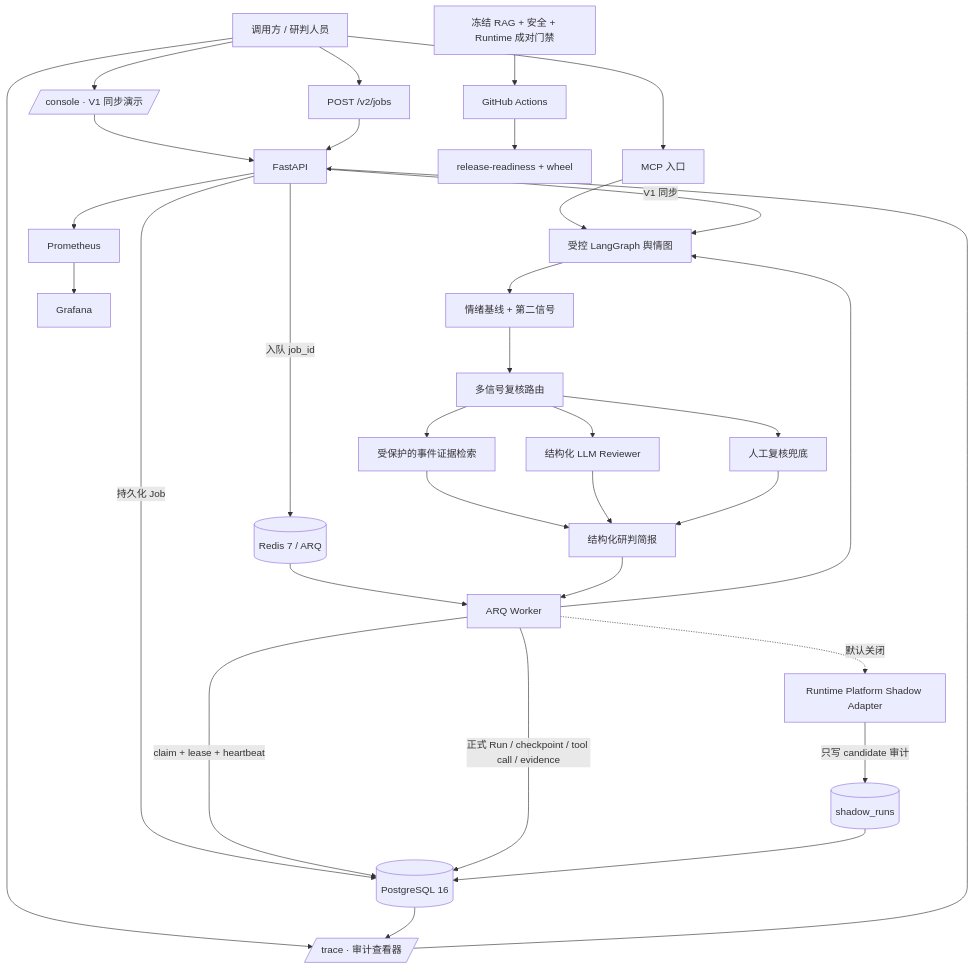
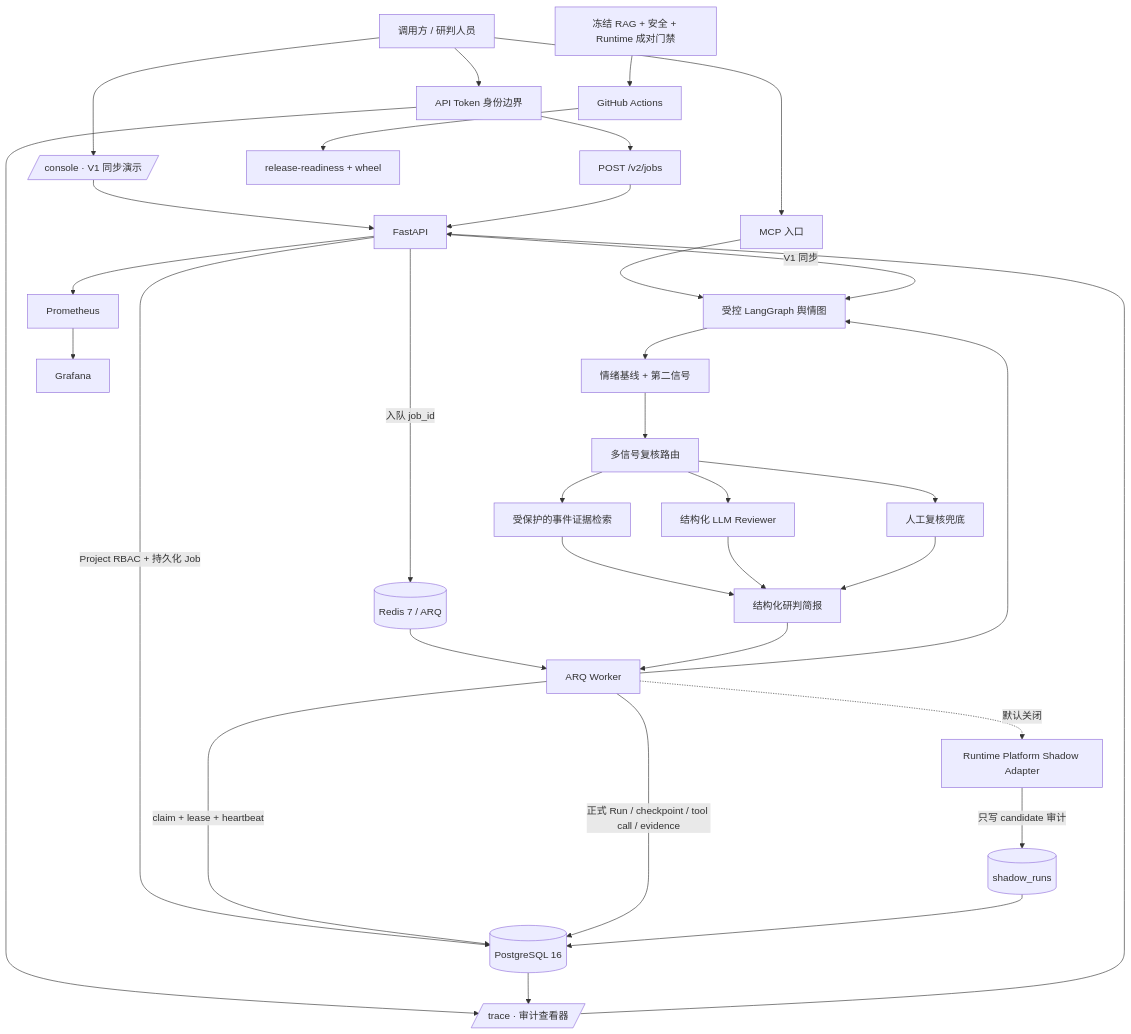
The first of 3 diagrams in docs/ARCHITECTURE.md (KristenYue/public-opinion-agent-eval), drawn with Mermaid before and after one commit. The commit also changed other lines of this file and 28 other files, not shown here.

Commit message:
Add V2 project authentication and RBAC

````diff
--- a/docs/ARCHITECTURE.md
+++ b/docs/ARCHITECTURE.md
@@ -7,41 +7,42 @@
 ```mermaid
 flowchart TB
     U[调用方 / 研判人员] --> C1[/console · V1 同步演示/]
-    U --> J[POST /v2/jobs]
-    U --> T[/trace · 审计查看器/]
+    U --> A[API Token 身份边界]
+    A --> J[POST /v2/jobs]
+    A --> T[/trace · 审计查看器/]
     U --> M[MCP 入口]
 
     C1 --> API[FastAPI]
     J --> API
     T --> API
     M --> G
 
     API -->|V1 同步| G[受控 LangGraph 舆情图]
-    API -->|持久化 Job| PG[(PostgreSQL 16)]
+    API -->|Project RBAC + 持久化 Job| PG[(PostgreSQL 16)]
     API -->|入队 job_id| R[(Redis 7 / ARQ)]
     R --> W[ARQ Worker]
     W -->|claim + lease + heartbeat| PG
     W --> G
 
     G --> S[情绪基线 + 第二信号]
     S --> Q[多信号复核路由]
     Q --> E[受保护的事件证据检索]
     Q --> L[结构化 LLM Reviewer]
     Q --> H[人工复核兜底]
     E --> B[结构化研判简报]
     L --> B
     H --> B
     B --> W
     W -->|正式 Run / checkpoint / tool call / evidence| PG
 
     W -. 默认关闭 .-> SH[Runtime Platform Shadow Adapter]
     SH -->|只写 candidate 审计| SR[(shadow_runs)]
     SR --> PG
 
     API --> O[Prometheus]
     O --> D[Grafana]
     PG --> T
 
     EV[冻结 RAG + 安全 + Runtime 成对门禁] --> CI[GitHub Actions]
     CI --> REL[release-readiness + wheel]
 ```
````
